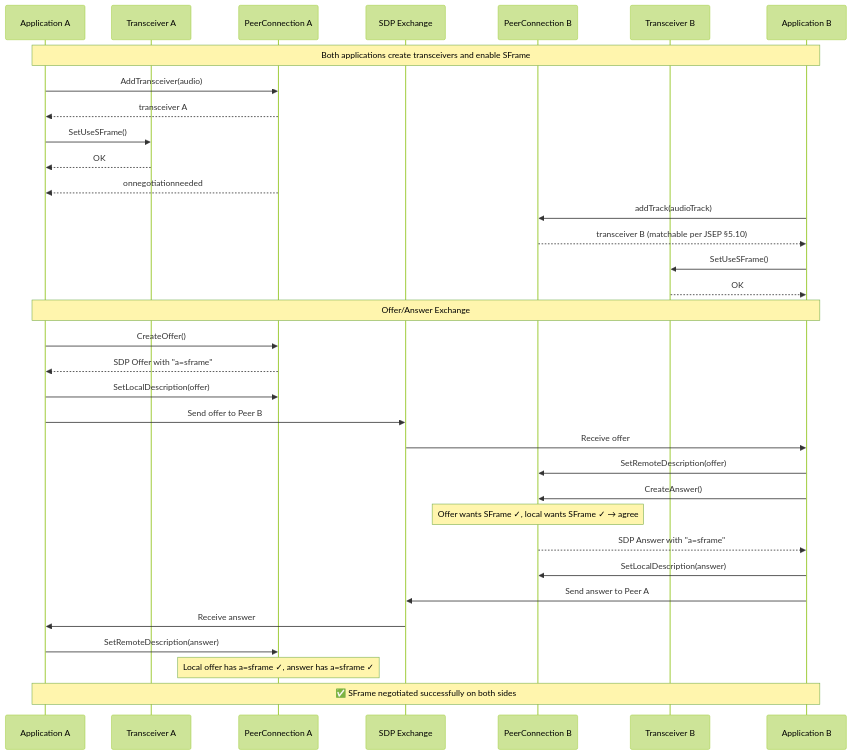
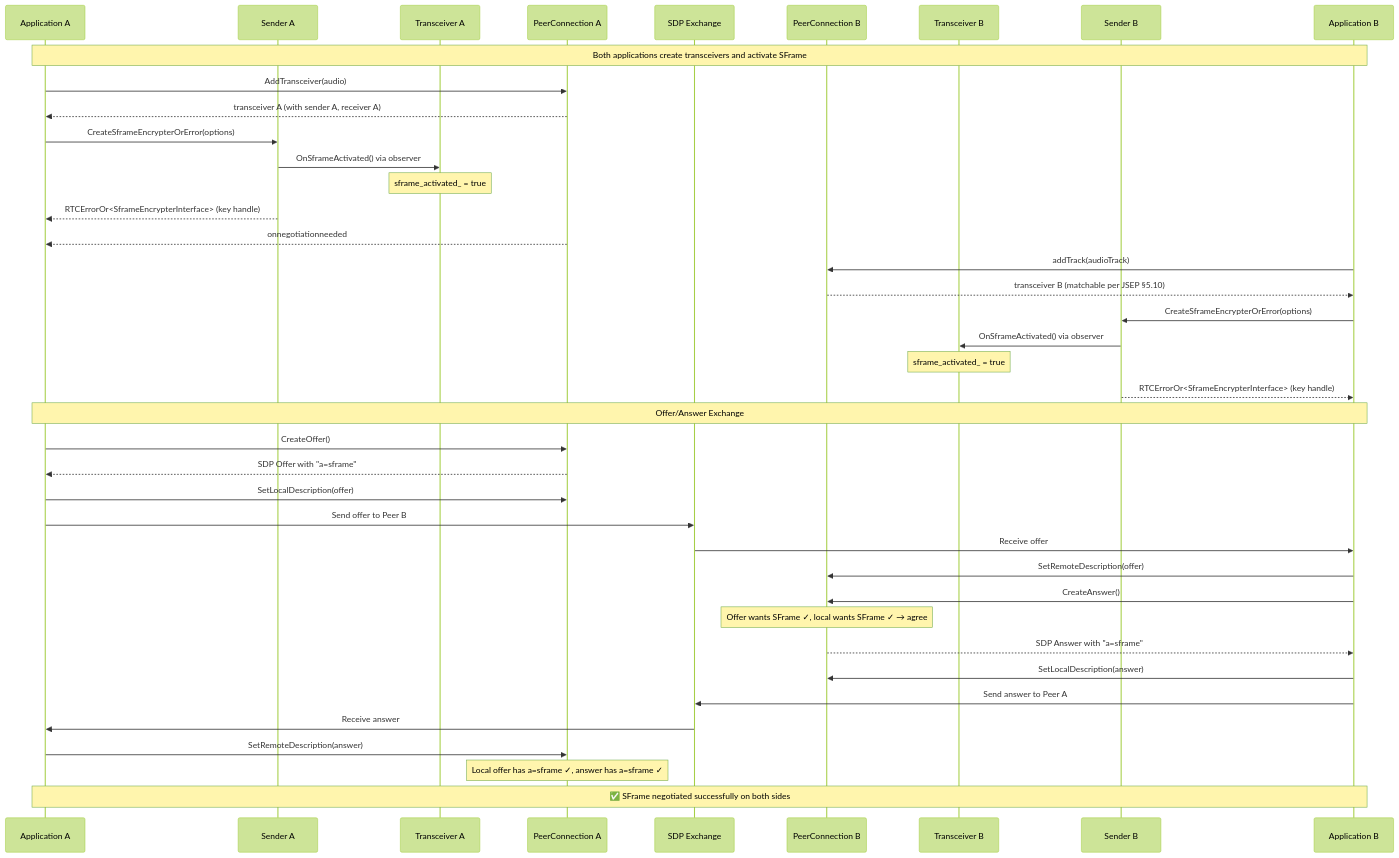
Before and after one commit to webex/webrtc-sframe: the first of 6 diagrams in negotiation.md, drawn with Mermaid (forest theme). The commit also changed other lines of this file and 1 other file, not shown here.

````diff
--- a/negotiation.md
+++ b/negotiation.md
@@ -86,47 +88,56 @@
 ```mermaid
 sequenceDiagram
     participant AppA as Application A
+    participant SA as Sender A
     participant TA as Transceiver A
     participant PCA as PeerConnection A
     participant SDP as SDP Exchange
     participant PCB as PeerConnection B
     participant TB as Transceiver B
+    participant SB as Sender B
     participant AppB as Application B
 
-    Note over AppA,AppB: Both applications create transceivers and enable SFrame
+    Note over AppA,AppB: Both applications create transceivers and activate SFrame
 
     AppA->>PCA: AddTransceiver(audio)
-    PCA-->>AppA: transceiver A
-    AppA->>TA: SetUseSFrame()
-    TA-->>AppA: OK
+    PCA-->>AppA: transceiver A (with sender A, receiver A)
+
+    AppA->>SA: CreateSframeEncrypterOrError(options)
+    SA->>TA: OnSframeActivated() via observer
+    Note over TA: sframe_activated_ = true
+    SA-->>AppA: RTCErrorOr<SframeEncrypterInterface> (key handle)
+
     PCA-->>AppA: onnegotiationneeded
 
     AppB->>PCB: addTrack(audioTrack)
     PCB-->>AppB: transceiver B (matchable per JSEP §5.10)
-    AppB->>TB: SetUseSFrame()
-    TB-->>AppB: OK
+
+    AppB->>SB: CreateSframeEncrypterOrError(options)
+    SB->>TB: OnSframeActivated() via observer
+    Note over TB: sframe_activated_ = true
+    SB-->>AppB: RTCErrorOr<SframeEncrypterInterface> (key handle)
 
     Note over AppA,AppB: Offer/Answer Exchange
 
     AppA->>PCA: CreateOffer()
     PCA-->>AppA: SDP Offer with "a=sframe"
 
     AppA->>PCA: SetLocalDescription(offer)
     AppA->>SDP: Send offer to Peer B
 
     SDP->>AppB: Receive offer
     AppB->>PCB: SetRemoteDescription(offer)
 
     AppB->>PCB: CreateAnswer()
     Note over PCB: Offer wants SFrame ✓, local wants SFrame ✓ → agree
     PCB-->>AppB: SDP Answer with "a=sframe"
 
     AppB->>PCB: SetLocalDescription(answer)
     AppB->>SDP: Send answer to Peer A
 
     SDP->>AppA: Receive answer
     AppA->>PCA: SetRemoteDescription(answer)
     Note over PCA: Local offer has a=sframe ✓, answer has a=sframe ✓
 
     Note over AppA,AppB: ✅ SFrame negotiated successfully on both sides
 ```
````
